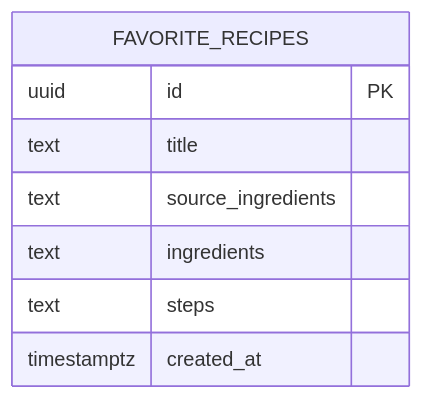
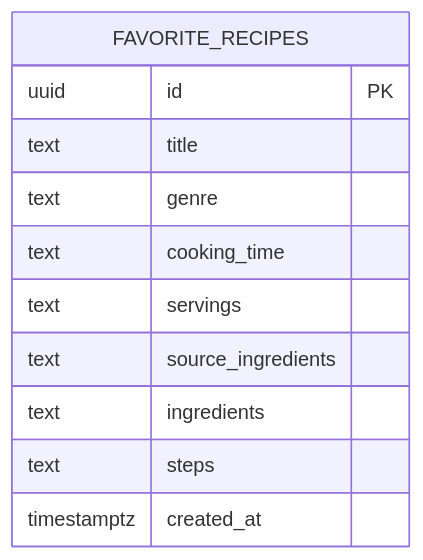
The third of 3 diagrams in my-recipe/docs/02_basic-design.md (MasaharuShibata/my-workspace), drawn with Mermaid before and after one commit. The commit also changed other lines of this file and 16 other files, not shown here.

````diff
--- a/my-recipe/docs/02_basic-design.md
+++ b/my-recipe/docs/02_basic-design.md
@@ -94,11 +101,14 @@
 ```mermaid
 erDiagram
     FAVORITE_RECIPES {
         uuid id PK
         text title
+        text genre
+        text cooking_time
+        text servings
         text source_ingredients
         text ingredients
         text steps
         timestamptz created_at
     }
 ```
````
